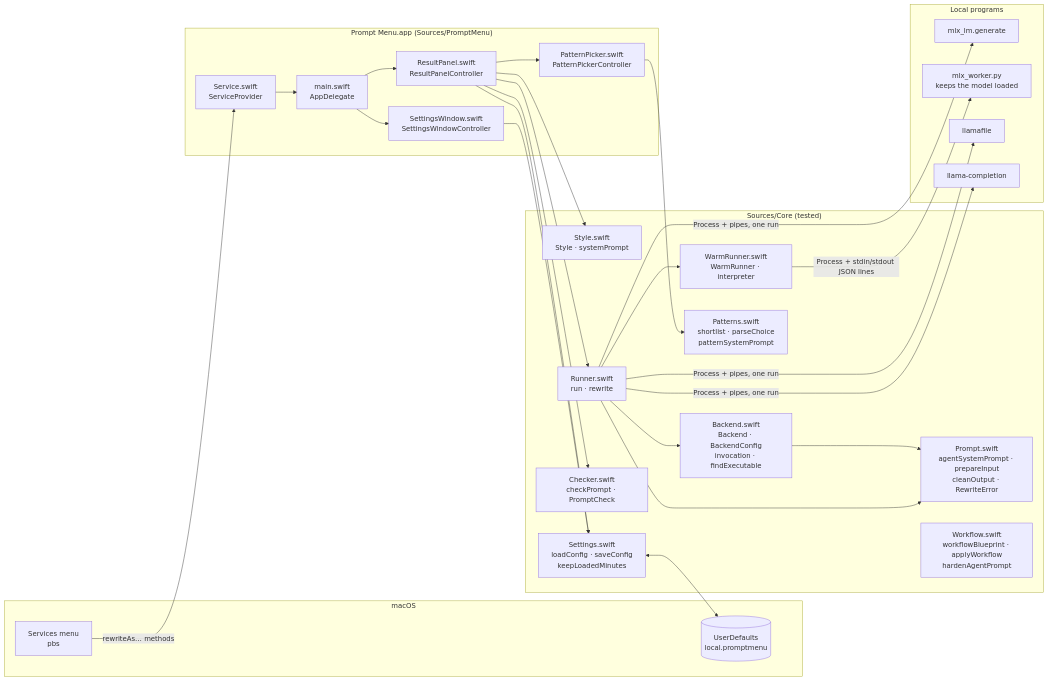
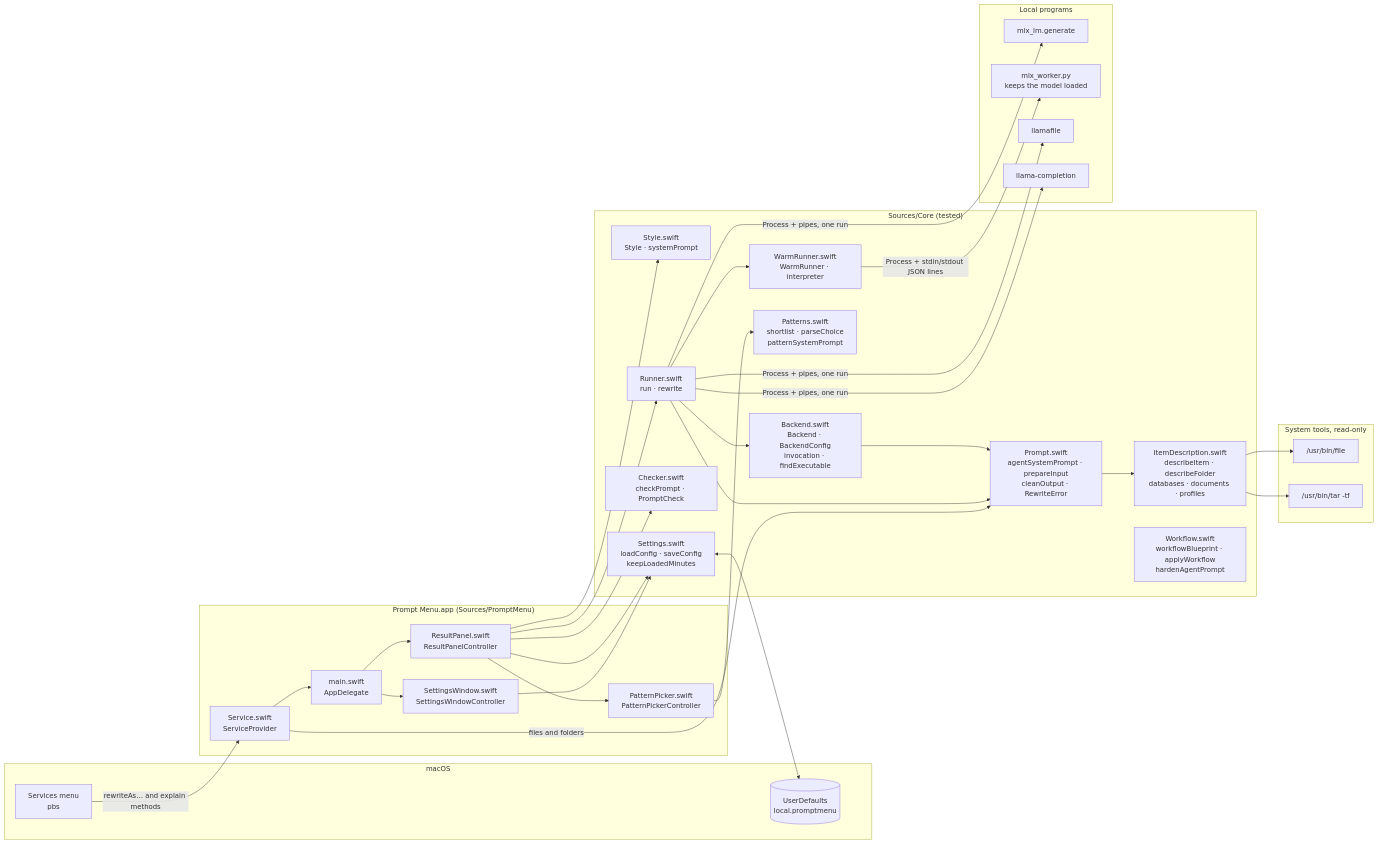
Before and after one commit to jdgiles26/prompt-menu: the first of 4 diagrams in docs/ARCHITECTURE.md, drawn with Mermaid. The commit also changed other lines of this file and 3 other files, not shown here.

````diff
--- a/docs/ARCHITECTURE.md
+++ b/docs/ARCHITECTURE.md
@@ -11,46 +13,54 @@
 ```mermaid
 flowchart LR
     subgraph macOS
         SRV[Services menu<br/>pbs]
         DEF[(UserDefaults<br/>local.promptmenu)]
     end
     subgraph App["Prompt Menu.app (Sources/PromptMenu)"]
         MAIN[main.swift<br/>AppDelegate]
         SVC[Service.swift<br/>ServiceProvider]
         PANEL[ResultPanel.swift<br/>ResultPanelController]
         PICK[PatternPicker.swift<br/>PatternPickerController]
         SET[SettingsWindow.swift<br/>SettingsWindowController]
     end
     subgraph Core["Sources/Core (tested)"]
         STYLE[Style.swift<br/>Style · systemPrompt]
+        ITEM[ItemDescription.swift<br/>describeItem · describeFolder<br/>databases · documents · profiles]
         PROMPT[Prompt.swift<br/>agentSystemPrompt · prepareInput<br/>cleanOutput · RewriteError]
         BACK[Backend.swift<br/>Backend · BackendConfig<br/>invocation · findExecutable]
         RUN[Runner.swift<br/>run · rewrite]
         WARM[WarmRunner.swift<br/>WarmRunner · interpreter]
         CHECK[Checker.swift<br/>checkPrompt · PromptCheck]
         PAT[Patterns.swift<br/>shortlist · parseChoice<br/>patternSystemPrompt]
         WF[Workflow.swift<br/>workflowBlueprint · applyWorkflow<br/>hardenAgentPrompt]
         SETS[Settings.swift<br/>loadConfig · saveConfig<br/>keepLoadedMinutes]
     end
+    subgraph Tools["System tools, read-only"]
+        FILE["/usr/bin/file"]
+        TAR["/usr/bin/tar -tf"]
+    end
     subgraph Runners["Local programs"]
         MLX[mlx_lm.generate]
         WORKER[mlx_worker.py<br/>keeps the model loaded]
         LF[llamafile]
         LC[llama-completion]
     end
-    SRV -->|rewriteAs… methods| SVC --> MAIN --> PANEL
+    SRV -->|rewriteAs… and explain methods| SVC --> MAIN --> PANEL
+    SVC -->|files and folders| PROMPT
+    PROMPT --> ITEM
+    ITEM --> FILE & TAR
     MAIN --> SET
     PANEL --> RUN
     PANEL --> CHECK
     PANEL --> PICK --> PAT
     SET --> SETS
     PANEL --> SETS
     SETS <--> DEF
     RUN --> PROMPT
     RUN --> BACK
     RUN --> WARM
     PANEL --> STYLE
     BACK --> PROMPT
     RUN -->|Process + pipes, one run| MLX & LF & LC
     WARM -->|Process + stdin/stdout JSON lines| WORKER
 ```
````
